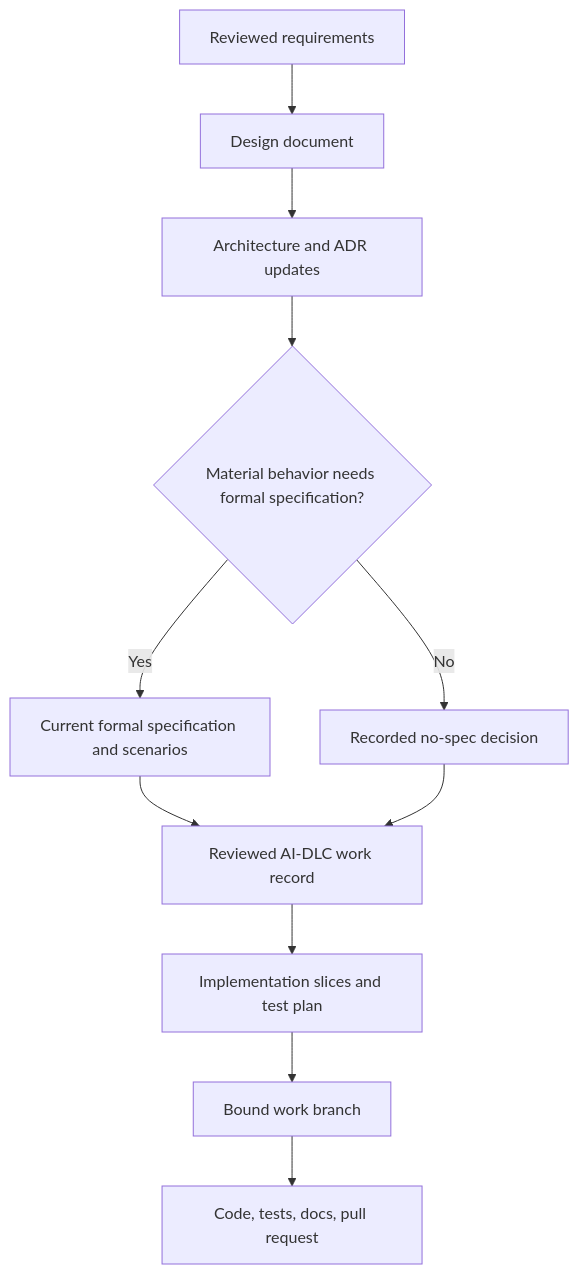
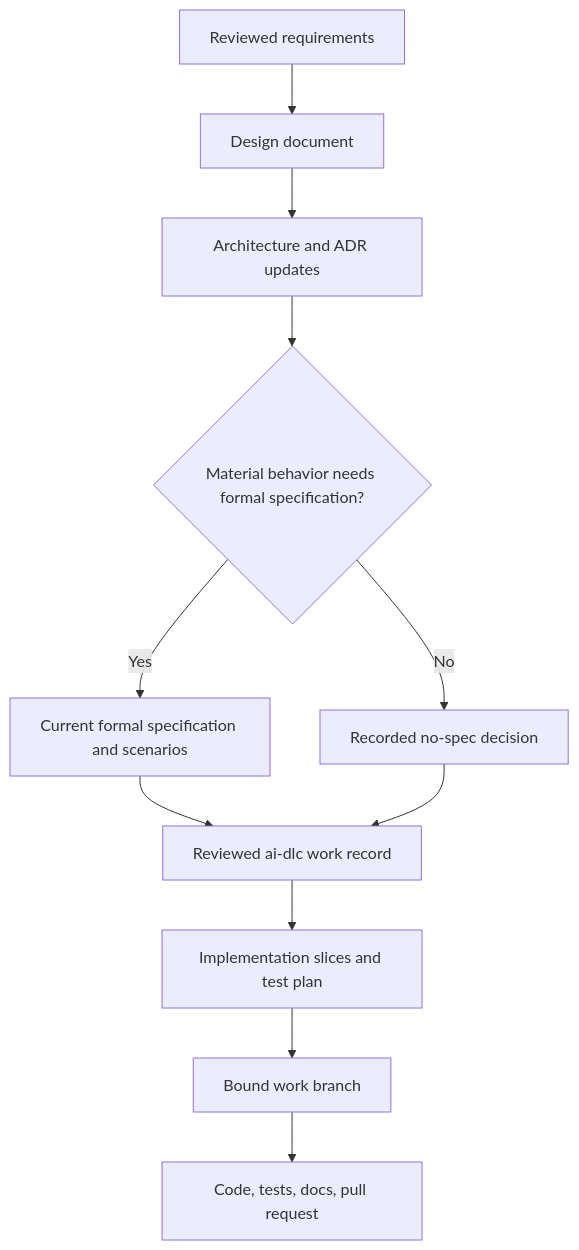
Before and after one commit to Sean-Koval/ai-dlc: the diagram in docs/workflows/design-to-implementation.md, drawn with Mermaid. The commit also changed other lines of this file and 34 other files, not shown here.

````diff
--- a/docs/workflows/design-to-implementation.md
+++ b/docs/workflows/design-to-implementation.md
@@ -41,13 +39,13 @@
 ```mermaid
 flowchart TD
     R[Reviewed requirements] --> D[Design document]
     D --> A[Architecture and ADR updates]
     A --> N{Material behavior needs formal specification?}
     N -->|Yes| S[Current formal specification and scenarios]
     N -->|No| E[Recorded no-spec decision]
-    S --> W[Reviewed AI-DLC work record]
+    S --> W[Reviewed ai-dlc work record]
     E --> W
     W --> P[Implementation slices and test plan]
     P --> B[Bound work branch]
     B --> PR[Code, tests, docs, pull request]
 ```
````
